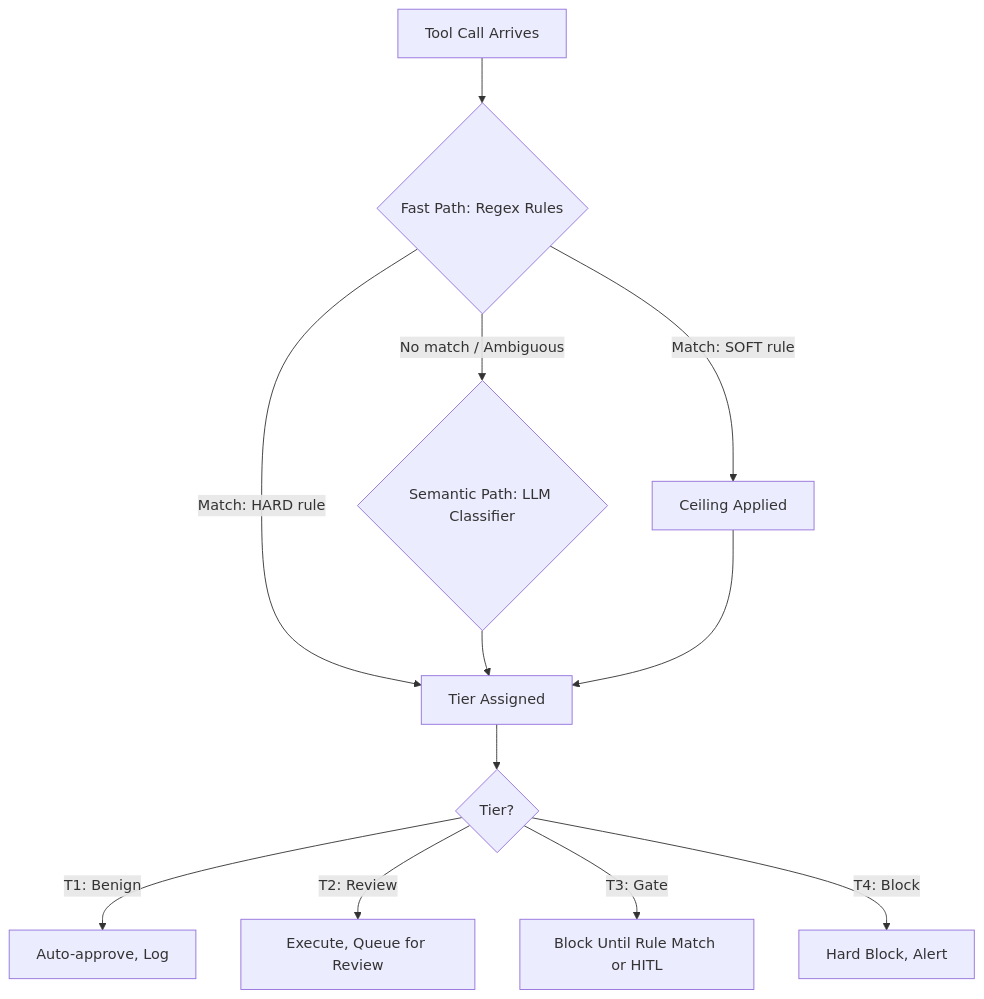
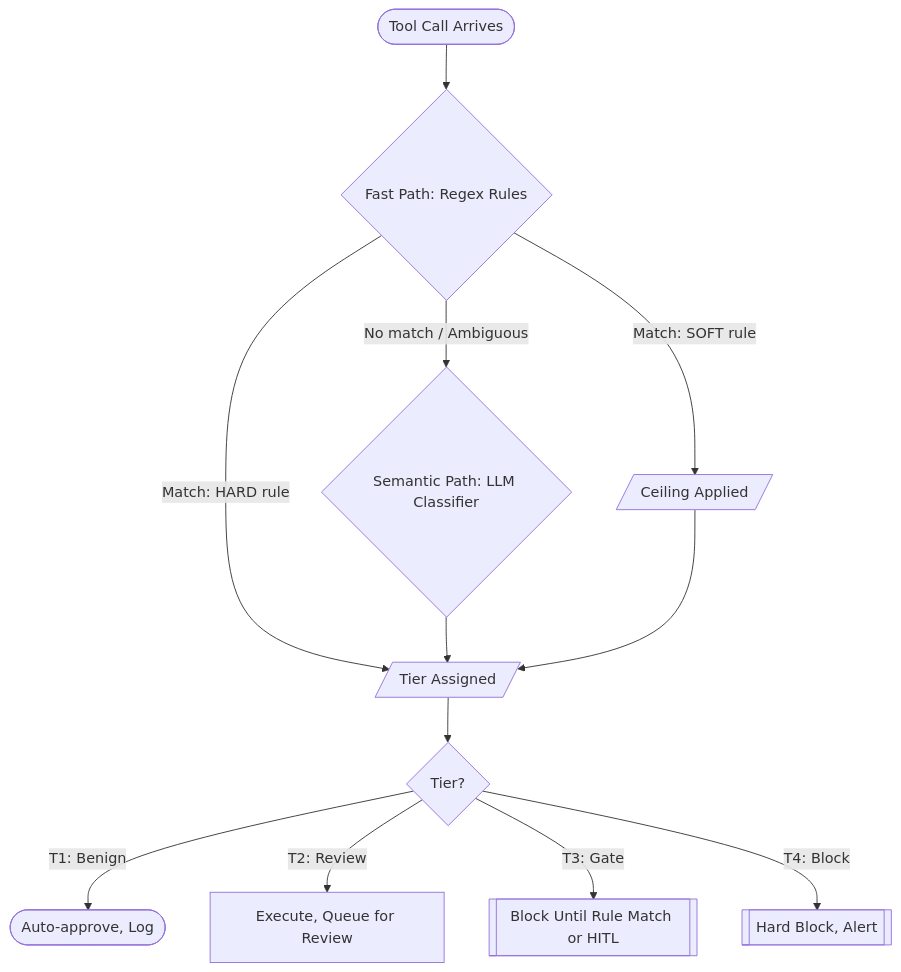
The first of 3 diagrams in src/content/build-logs/cb4a-implementation.mdx (CyberdaemonAI/cyberdaemon-site), drawn with Mermaid before and after one commit. The commit also changed other lines of this file and 23 other files, not shown here.

First line of the commit message:
style(diagrams): retrofit all mermaid diagrams to flowchart syntax site-wide

````diff
--- a/src/content/build-logs/cb4a-implementation.mdx
+++ b/src/content/build-logs/cb4a-implementation.mdx
@@ -66,14 +66,14 @@
 ```mermaid
-graph TD
-    A[Tool Call Arrives] --> B{Fast Path: Regex Rules}
-    B -->|Match: HARD rule| C[Tier Assigned]
-    B -->|Match: SOFT rule| D[Ceiling Applied]
+flowchart TD
+    A([Tool Call Arrives]) --> B{Fast Path: Regex Rules}
+    B -->|Match: HARD rule| C[/Tier Assigned/]
+    B -->|Match: SOFT rule| D[/Ceiling Applied/]
     B -->|No match / Ambiguous| E{Semantic Path: LLM Classifier}
     E --> C
     D --> C
     C --> F{Tier?}
-    F -->|T1: Benign| G[Auto-approve, Log]
+    F -->|T1: Benign| G([Auto-approve, Log])
     F -->|T2: Review| H[Execute, Queue for Review]
-    F -->|T3: Gate| I[Block Until Rule Match or HITL]
-    F -->|T4: Block| J[Hard Block, Alert]
+    F -->|T3: Gate| I[[Block Until Rule Match or HITL]]
+    F -->|T4: Block| J[[Hard Block, Alert]]
 ```
````
